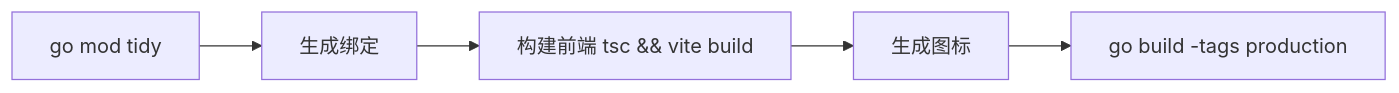
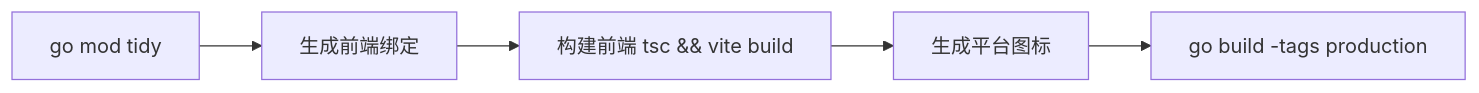
The diagram in docs/development/build.md (aDarkMaker/BiliLuckyDraw), drawn with Mermaid before and after one commit. The commit also changed other lines of this file and 30 other files, not shown here.

````diff
--- a/docs/development/build.md
+++ b/docs/development/build.md
@@ -11,7 +12,7 @@
 ```mermaid
 flowchart LR
-    A[go mod tidy] --> B[生成绑定]
+    A[go mod tidy] --> B[生成前端绑定]
     B --> C["构建前端 tsc && vite build"]
-    C --> D[生成图标]
+    C --> D[生成平台图标]
     D --> E["go build -tags production"]
 ```
````
